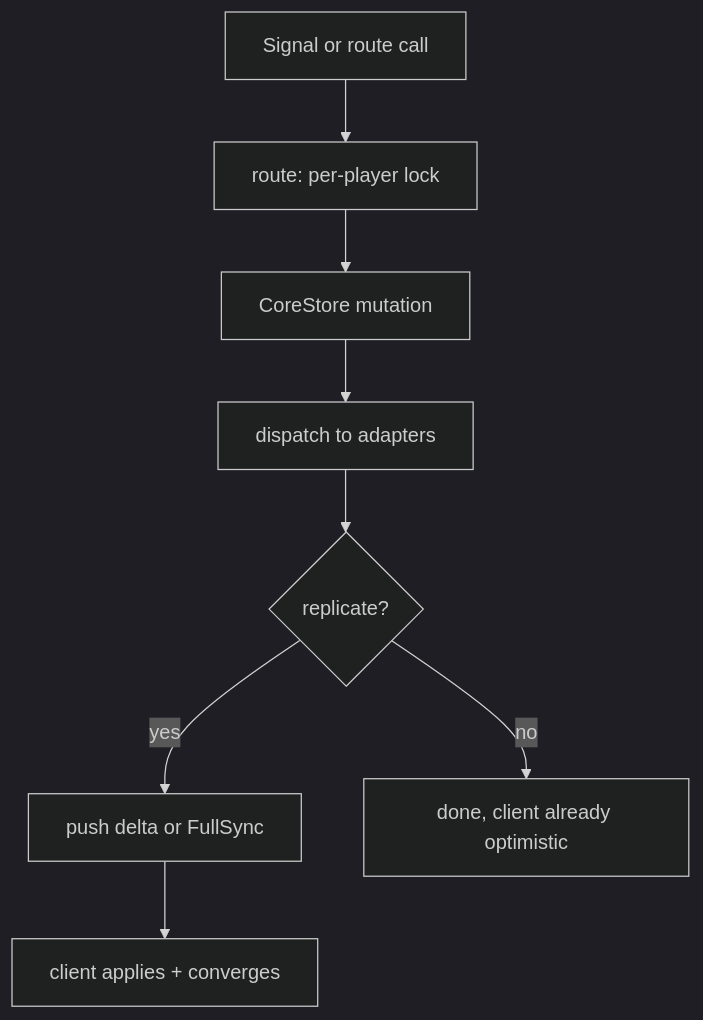
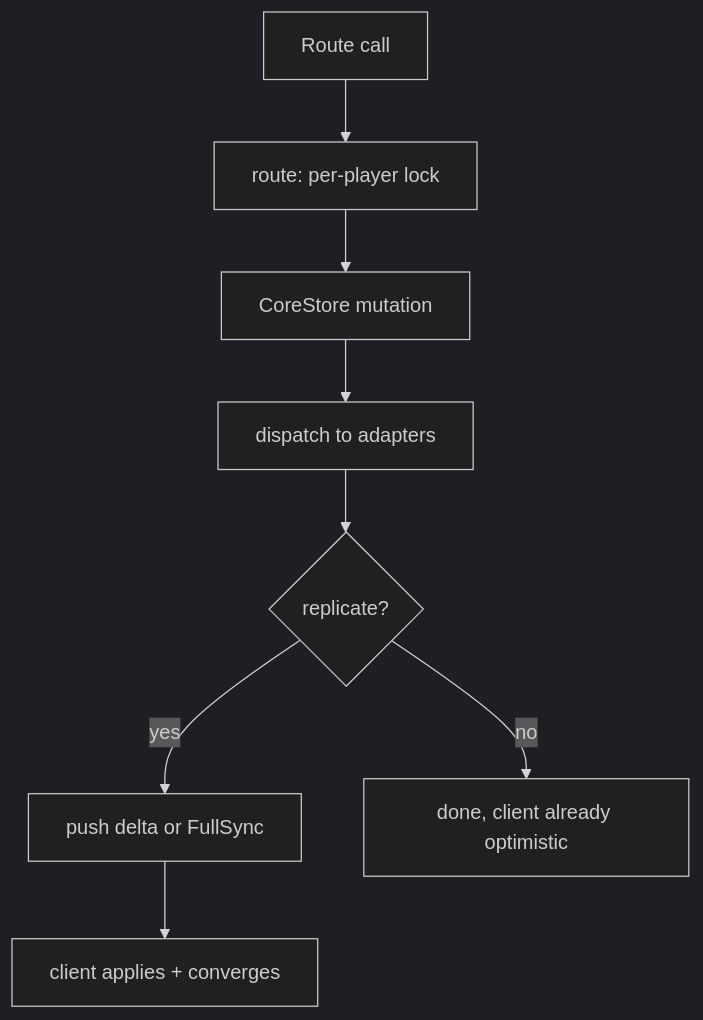
Before and after one commit to Zyn-ic/Stoway: the diagram in docs/architecture.md, drawn with Mermaid (dark theme). The commit also changed other lines of this file and 31 other files, not shown here.

````diff
--- a/docs/architecture.md
+++ b/docs/architecture.md
@@ -39,10 +49,10 @@
 ```mermaid
 flowchart TD
-    A[Signal or route call] --> B[route: per-player lock]
+    A[Route call] --> B[route: per-player lock]
     B --> C[CoreStore mutation]
     C --> D[dispatch to adapters]
     D --> E{replicate?}
     E -->|yes| F[push delta or FullSync]
     E -->|no| G[done, client already optimistic]
     F --> H[client applies + converges]
 ```
````
